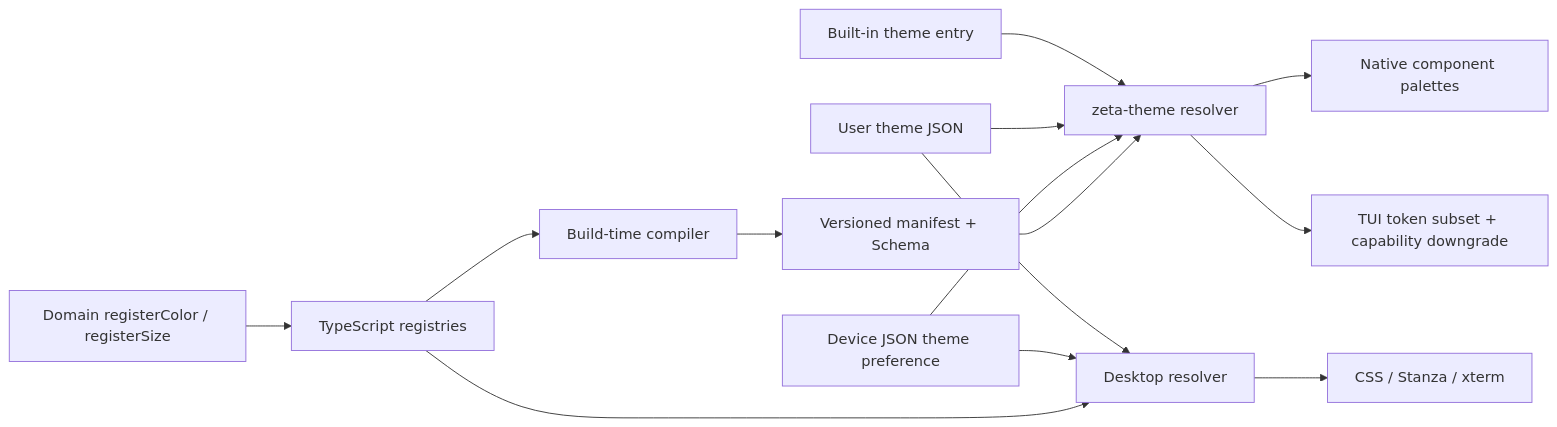
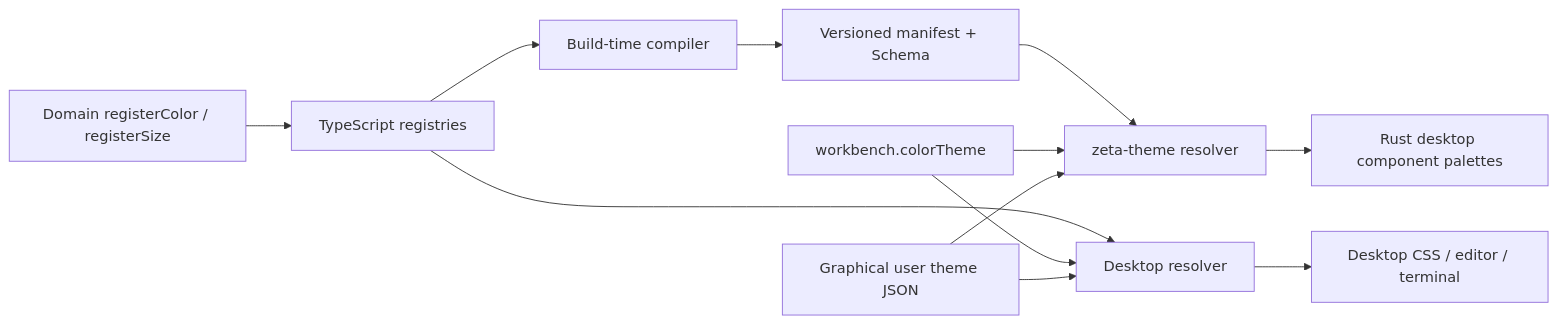
One commit to chogng/zeta changed the diagram in docs/design-tokens.md. Above: the diagram before and after it, drawn with Mermaid. The commit also changed other lines of this file and 111 other files, not shown here.

Commit message:
refactor(tui): converge terminal UI ownership and theme config

````diff
--- a/docs/design-tokens.md
+++ b/docs/design-tokens.md
@@ -39,16 +35,14 @@
 ```mermaid
 flowchart LR
   A["Domain registerColor / registerSize"] --> B["TypeScript registries"]
   B --> C["Build-time compiler"]
   C --> D["Versioned manifest + Schema"]
   B --> E["Desktop resolver"]
   D --> F["zeta-theme resolver"]
-  G["Device JSON theme preference"] --> E
+  G["workbench.colorTheme"] --> E
   G --> F
-  L["User theme JSON"] --> E
-  L --> F
-  K["Built-in theme entry"] --> F
-  E --> H["CSS / Stanza / xterm"]
-  F --> I["Native component palettes"]
-  F --> J["TUI token subset + capability downgrade"]
+  H["Graphical user theme JSON"] --> E
+  H --> F
+  E --> I["Desktop CSS / editor / terminal"]
+  F --> J["Rust desktop component palettes"]
 ```
````
